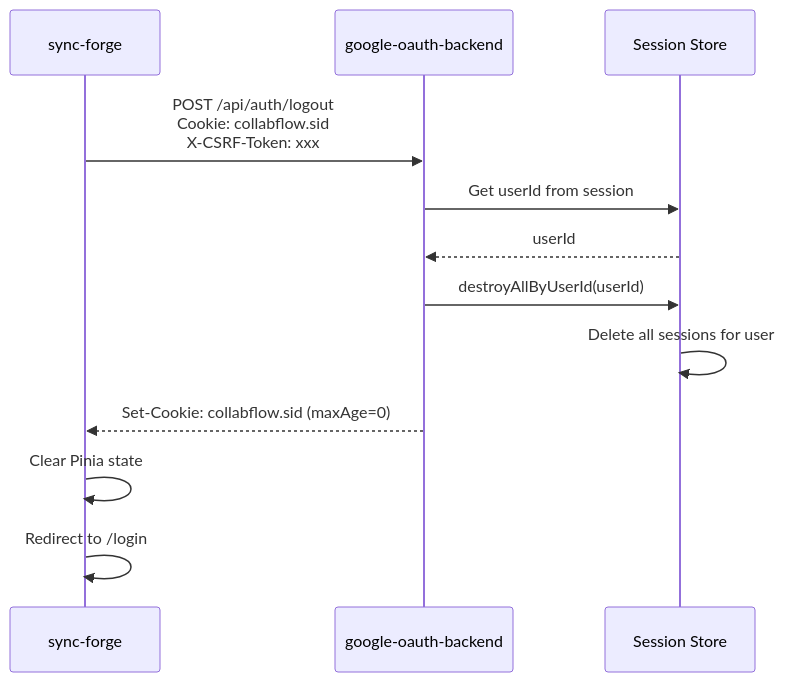
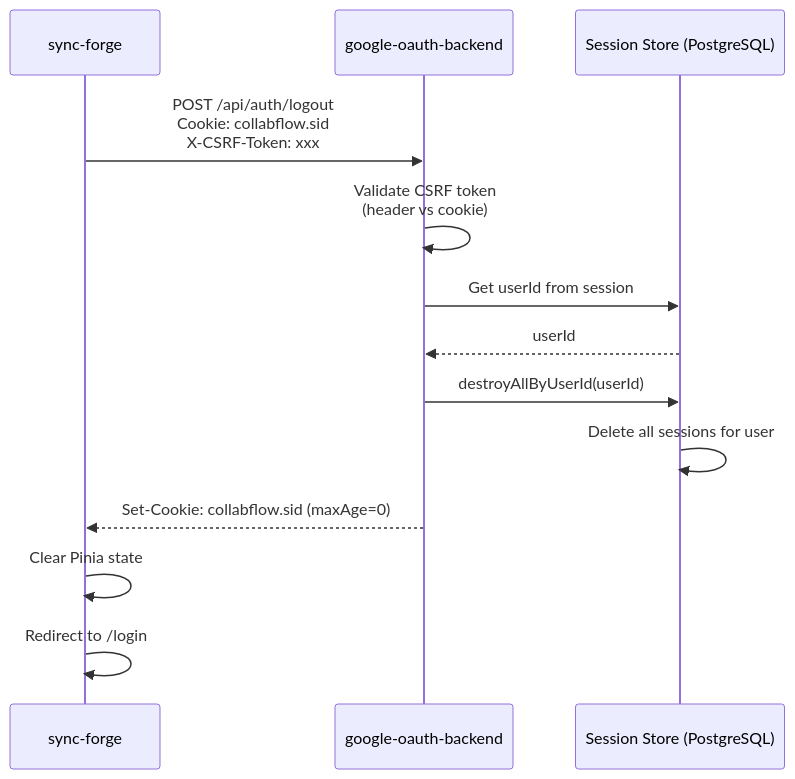
One commit to akronim/collab-flow changed the fifth of 6 diagrams in SESSION_AUTH_DIAGRAMS.md. Above: the diagram before and after it, drawn with Mermaid. The commit also changed other lines of this file and 58 other files, not shown here.

````diff
--- a/SESSION_AUTH_DIAGRAMS.md
+++ b/SESSION_AUTH_DIAGRAMS.md
@@ -132,15 +144,16 @@
 ```mermaid
 sequenceDiagram
     participant FE as sync-forge
     participant GW as google-oauth-backend
-    participant SS as Session Store
+    participant SS as Session Store (PostgreSQL)
 
     FE->>GW: POST /api/auth/logout<br/>Cookie: collabflow.sid<br/>X-CSRF-Token: xxx
+    GW->>GW: Validate CSRF token<br/>(header vs cookie)
     GW->>SS: Get userId from session
     SS-->>GW: userId
     GW->>SS: destroyAllByUserId(userId)
     SS->>SS: Delete all sessions for user
     GW-->>FE: Set-Cookie: collabflow.sid (maxAge=0)
     FE->>FE: Clear Pinia state
     FE->>FE: Redirect to /login
 ```
````
